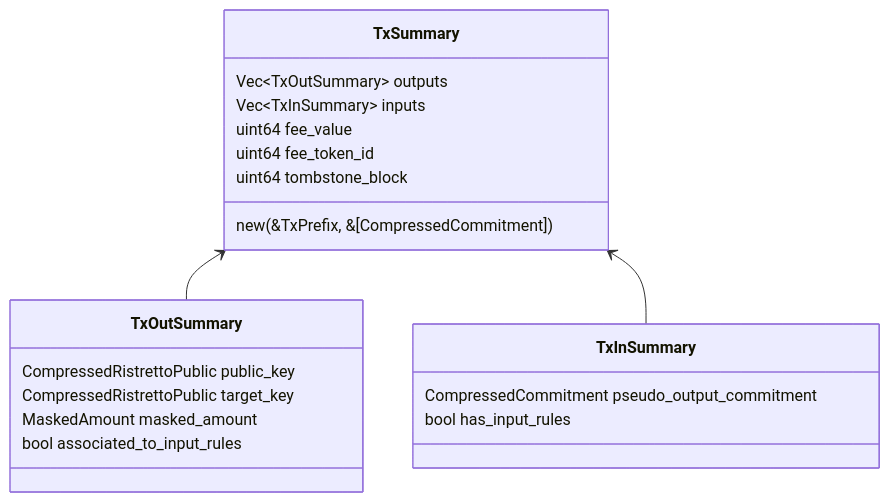
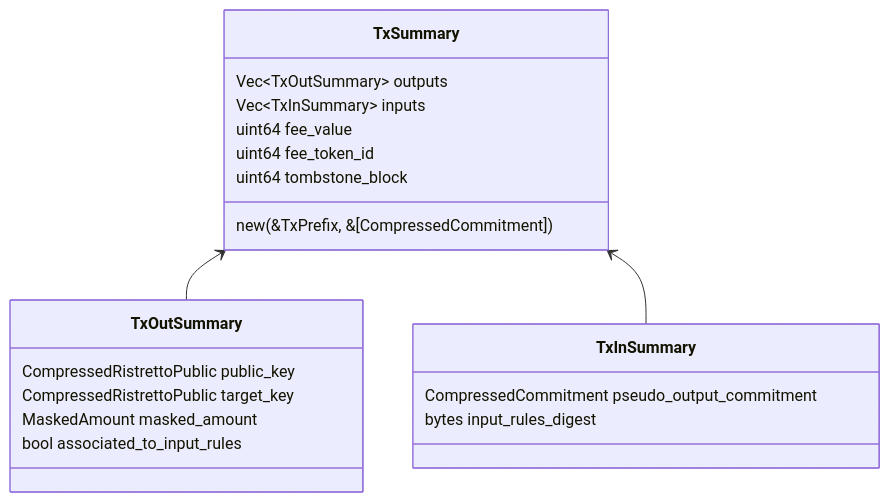
Before and after one commit to mobilecoinfoundation/mcips: the fourth of 5 diagrams in text/0052-tx-summary-digest.md, drawn with Mermaid. The commit also changed other lines of this file, not shown here.

Commit message:
update with input rules digest

````diff
--- a/text/0052-tx-summary-digest.md
+++ b/text/0052-tx-summary-digest.md
@@ -165,18 +165,18 @@
 ```mermaid
 classDiagram
 direction BT
 TxOutSummary --> TxSummary
 TxInSummary --> TxSummary
 TxSummary: Vec~TxOutSummary~ outputs
 TxSummary: Vec~TxInSummary~ inputs
 TxSummary: uint64 fee_value
 TxSummary: uint64 fee_token_id
 TxSummary: uint64 tombstone_block
 TxSummary: new(&TxPrefix, &[CompressedCommitment])
 TxOutSummary: CompressedRistrettoPublic public_key
 TxOutSummary: CompressedRistrettoPublic target_key
 TxOutSummary: MaskedAmount masked_amount
 TxOutSummary: bool associated_to_input_rules
 TxInSummary: CompressedCommitment pseudo_output_commitment
-TxInSummary: bool has_input_rules
+TxInSummary: bytes input_rules_digest
 ```
````
